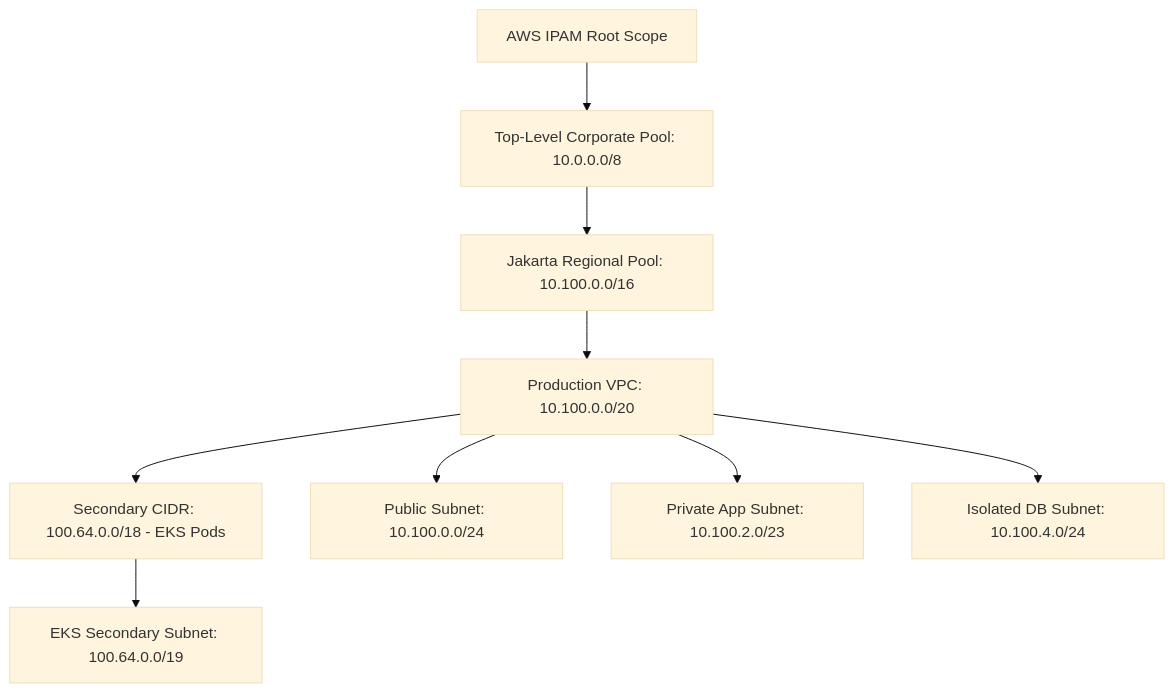
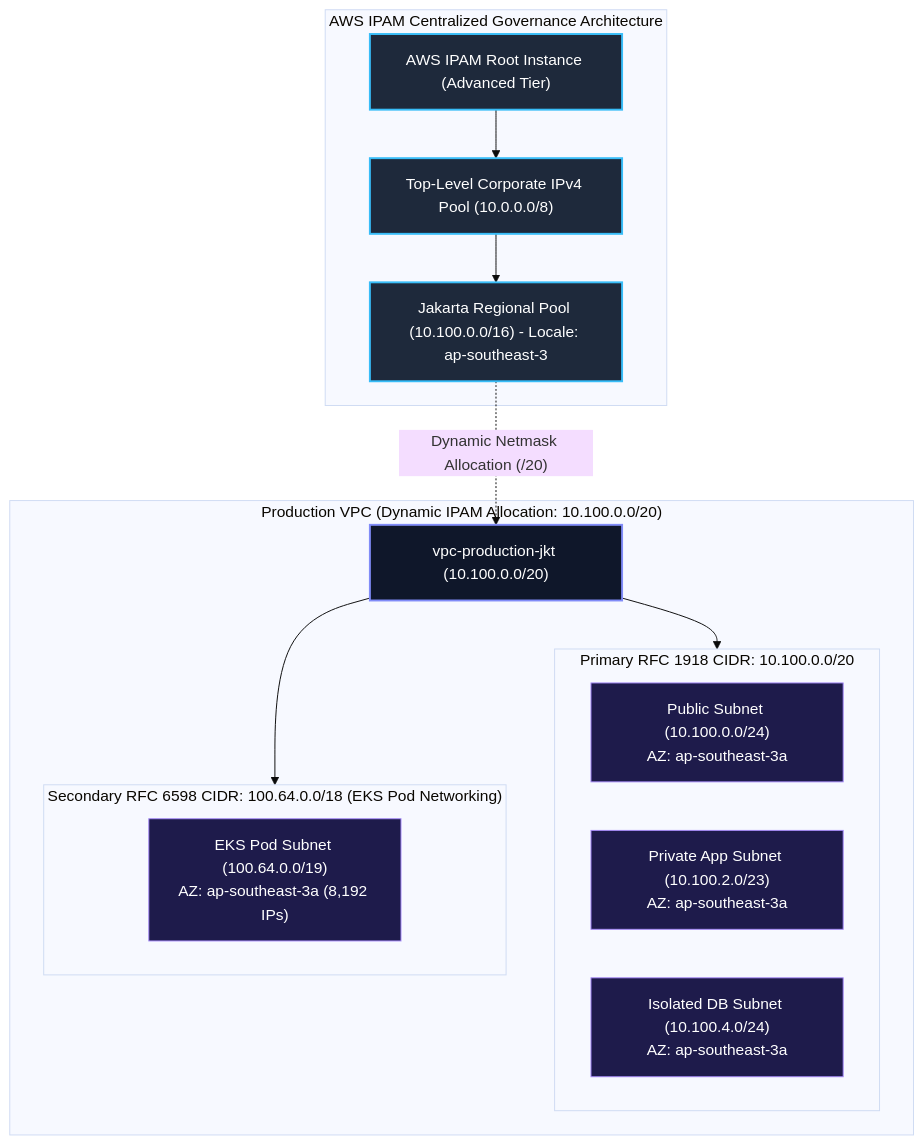
One commit to robertusnegoro/cloud-network-learning-materials changed the diagram in docs/labs/01-enterprise-ipam-vpc.md. Above: the diagram before and after it, drawn with Mermaid (base theme). The commit also changed other lines of this file and 7 other files, not shown here.

````diff
--- a/docs/labs/01-enterprise-ipam-vpc.md
+++ b/docs/labs/01-enterprise-ipam-vpc.md
@@ -16,12 +16,32 @@
 ```mermaid
 graph TD
-    IPAM[AWS IPAM Root Scope] --> TopPool[Top-Level Corporate Pool: 10.0.0.0/8]
-    TopPool --> JktPool[Jakarta Regional Pool: 10.100.0.0/16]
-    JktPool --> ProdVPC[Production VPC: 10.100.0.0/20]
-    ProdVPC --> SecCIDR[Secondary CIDR: 100.64.0.0/18 - EKS Pods]
+    subgraph IPAMHierarchy["AWS IPAM Centralized Governance Architecture"]
+        IPAM["AWS IPAM Root Instance (Advanced Tier)"]
+        IPAM --> TopPool["Top-Level Corporate IPv4 Pool (10.0.0.0/8)"]
+        TopPool --> JktPool["Jakarta Regional Pool (10.100.0.0/16) - Locale: ap-southeast-3"]
+    end
 
-    ProdVPC --> SubPublic[Public Subnet: 10.100.0.0/24]
-    ProdVPC --> SubApp[Private App Subnet: 10.100.2.0/23]
-    ProdVPC --> SubDB[Isolated DB Subnet: 10.100.4.0/24]
-    SecCIDR --> SubEKS[EKS Secondary Subnet: 100.64.0.0/19]
+    subgraph ProductionVPC["Production VPC (Dynamic IPAM Allocation: 10.100.0.0/20)"]
+        JktPool -.->|"Dynamic Netmask Allocation (/20)"| VPC["vpc-production-jkt (10.100.0.0/20)"]
+        
+        subgraph PrimaryCIDR["Primary RFC 1918 CIDR: 10.100.0.0/20"]
+            SubPublic["Public Subnet (10.100.0.0/24)<br/>AZ: ap-southeast-3a"]
+            SubApp["Private App Subnet (10.100.2.0/23)<br/>AZ: ap-southeast-3a"]
+            SubDB["Isolated DB Subnet (10.100.4.0/24)<br/>AZ: ap-southeast-3a"]
+        end
+
+        subgraph SecondaryCIDR["Secondary RFC 6598 CIDR: 100.64.0.0/18 (EKS Pod Networking)"]
+            SubEKS["EKS Pod Subnet (100.64.0.0/19)<br/>AZ: ap-southeast-3a (8,192 IPs)"]
+        end
+
+        VPC --> PrimaryCIDR
+        VPC --> SecondaryCIDR
+    end
+
+    classDef ipam fill:#1e293b,stroke:#38bdf8,stroke-width:2px,color:#fff;
+    classDef vpc fill:#0f172a,stroke:#818cf8,stroke-width:2px,color:#fff;
+    classDef tier fill:#1e1b4b,stroke:#a78bfa,stroke-width:1px,color:#fff;
+    class IPAM,TopPool,JktPool ipam;
+    class VPC vpc;
+    class SubPublic,SubApp,SubDB,SubEKS tier;
 ```
````
